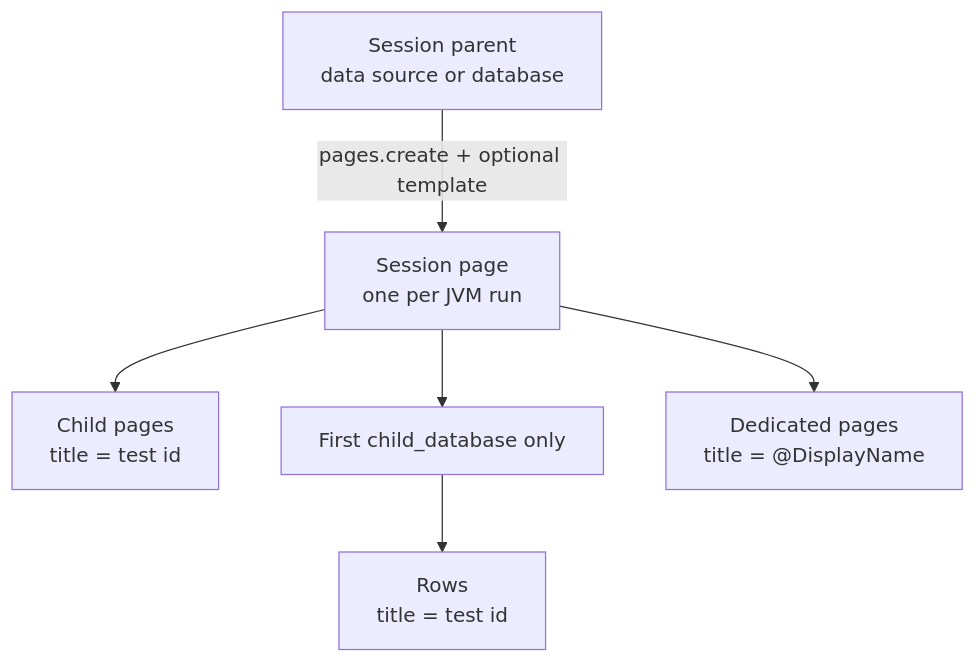
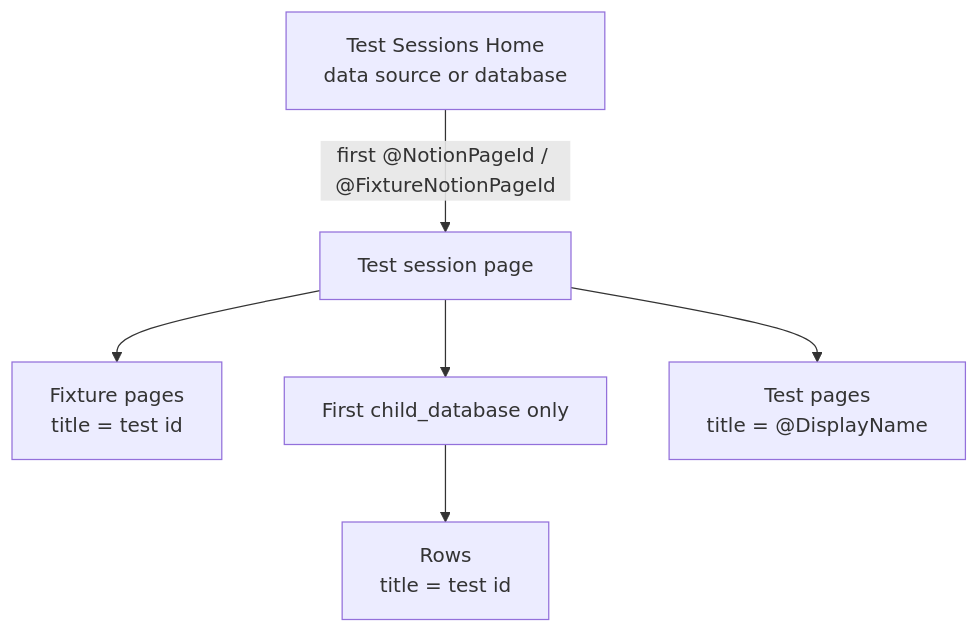
The second of 4 diagrams in docs/internals/testkit.md (kristaxlab/notion-sdk), drawn with Mermaid before and after one commit. The commit also changed other lines of this file and 28 other files, not shown here.

````diff
--- a/docs/internals/testkit.md
+++ b/docs/internals/testkit.md
@@ -94,15 +100,15 @@
 ```mermaid
 flowchart TB
-  P["Session parent<br/>data source or database"]
-  SP["Session page<br/>one per JVM run"]
-  CP["Child pages<br/>title = test id"]
+  P["Test Sessions Home<br/>data source or database"]
+  TSP["Test session page"]
+  CP["Fixture pages<br/>title = test id"]
   DB["First child_database only"]
   ROW["Rows<br/>title = test id"]
-  DP["Dedicated pages<br/>title = @DisplayName"]
+  TP["Test pages<br/>title = @DisplayName"]
 
-  P -->|"pages.create + optional template"| SP
-  SP --> CP
-  SP --> DB
+  P -->|"first @NotionPageId / @FixtureNotionPageId"| TSP
+  TSP --> TP
+  TSP --> CP
+  TSP --> DB
   DB --> ROW
-  SP --> DP
 ```
````
